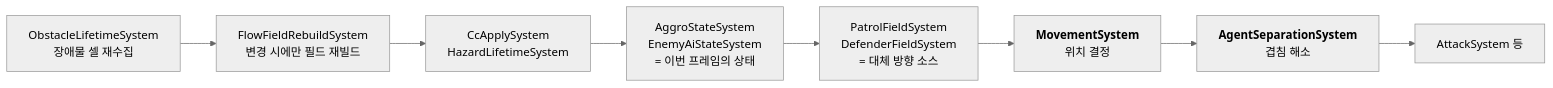
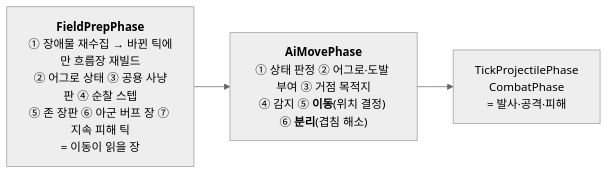
The first of 5 diagrams in docs/reference/enemy-movement-algorithm.md (wasssupman/dreamsquad-demo), drawn with Mermaid (neutral theme) before and after one commit. The commit also changed other lines of this file and 18 other files, not shown here.

````diff
--- a/docs/reference/enemy-movement-algorithm.md
+++ b/docs/reference/enemy-movement-algorithm.md
@@ -17,10 +19,5 @@
 ```mermaid
 flowchart LR
-  A["ObstacleLifetimeSystem<br/>장애물 셀 재수집"] --> B["FlowFieldRebuildSystem<br/>변경 시에만 필드 재빌드"]
-  B --> C["CcApplySystem<br/>HazardLifetimeSystem"]
-  C --> D["AggroStateSystem<br/>EnemyAiStateSystem<br/>= 이번 프레임의 상태"]
-  D --> E["PatrolFieldSystem<br/>DefenderFieldSystem<br/>= 대체 방향 소스"]
-  E --> F["<b>MovementSystem</b><br/>위치 결정"]
-  F --> G["<b>AgentSeparationSystem</b><br/>겹침 해소"]
-  G --> H["AttackSystem 등"]
+  A["<b>FieldPrepPhase</b><br/>① 장애물 재수집 → 바뀐 틱에만 흐름장 재빌드<br/>② 어그로 상태 ③ 공용 사냥판 ④ 순찰 스텝<br/>⑤ 존 장판 ⑥ 아군 버프 장 ⑦ 지속 피해 틱<br/>= 이동이 읽을 장"] --> B["<b>AiMovePhase</b><br/>① 상태 판정 ② 어그로·도발 부여 ③ 거점 목적지<br/>④ 감지 ⑤ <b>이동</b>(위치 결정) ⑥ <b>분리</b>(겹침 해소)"]
+  B --> C["TickProjectilePhase<br/>CombatPhase<br/>= 발사·공격·피해"]
 ```
````
